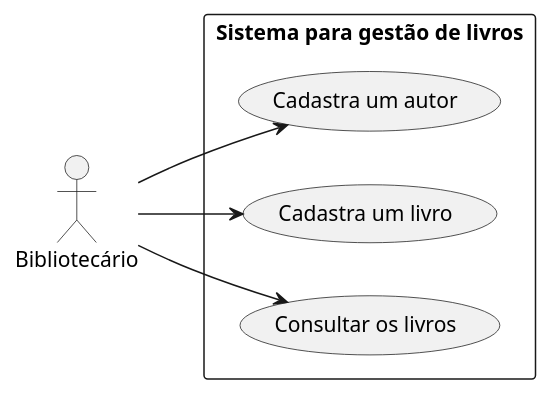
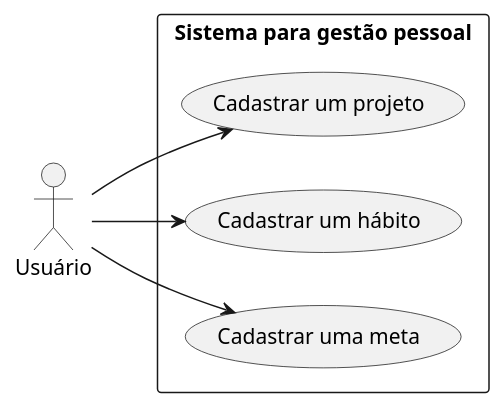
Before and after one commit to wesley-ramos/basic_spring_boot_course: the diagram in docs/caso-de-uso.iuml, drawn with PlantUML.

```diff
--- a/docs/caso-de-uso.iuml
+++ b/docs/caso-de-uso.iuml
@@ -1,17 +1,17 @@
 @startuml Caso de uso
 
 left to right direction
 
-actor "Bibliotecário" as bibliotecario
+actor "Usuário" as usuario
 
-rectangle "Sistema para gestão de livros" {
-  usecase "Cadastra um autor" as A
-  usecase "Cadastra um livro" as B
-  usecase "Consultar os livros" as C
+rectangle "Sistema para gestão pessoal" {
+  usecase "Cadastrar um projeto" as A
+  usecase "Cadastrar um hábito" as B
+  usecase "Cadastrar uma meta" as C
 }
 
-bibliotecario --> A
-bibliotecario --> B
-bibliotecario --> C
+usuario --> A
+usuario --> B
+usuario --> C
 
 @enduml
```
